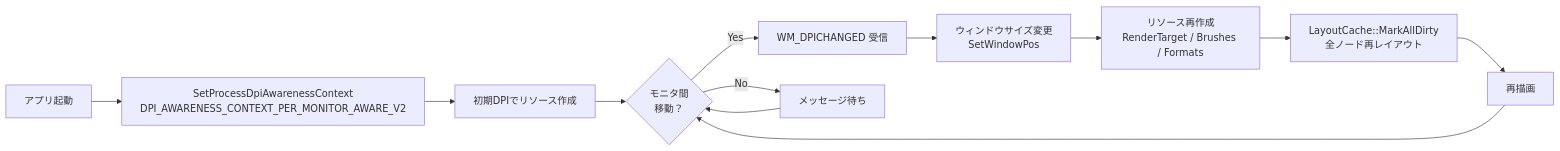
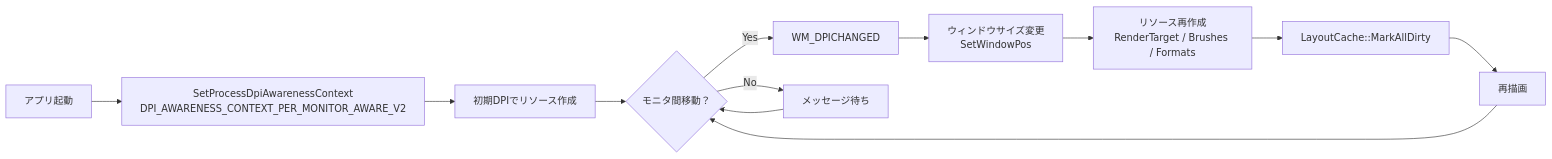
Before and after one commit to tanaton/mendo: diagram 22 of 27 in example/test.md, drawn with Mermaid. The commit also changed other lines of this file, not shown here.

````diff
--- a/example/test.md
+++ b/example/test.md
@@ -2625,14 +2543,14 @@
 ```mermaid
 flowchart LR
     START[アプリ起動] --> SET[SetProcessDpiAwarenessContext<br>DPI_AWARENESS_CONTEXT_PER_MONITOR_AWARE_V2]
     SET --> INIT[初期DPIでリソース作成]
-    INIT --> MOVE{モニタ間<br>移動？}
-    MOVE -->|Yes| WM[WM_DPICHANGED 受信]
+    INIT --> MOVE{モニタ間移動？}
+    MOVE -->|Yes| WM[WM_DPICHANGED]
     WM --> RESIZE[ウィンドウサイズ変更<br>SetWindowPos]
     RESIZE --> RECREATE[リソース再作成<br>RenderTarget / Brushes / Formats]
-    RECREATE --> RELAYOUT[LayoutCache::MarkAllDirty<br>全ノード再レイアウト]
+    RECREATE --> RELAYOUT[LayoutCache::MarkAllDirty]
     RELAYOUT --> REPAINT[再描画]
     REPAINT --> MOVE
     MOVE -->|No| WAIT[メッセージ待ち]
     WAIT --> MOVE
 ```
````
